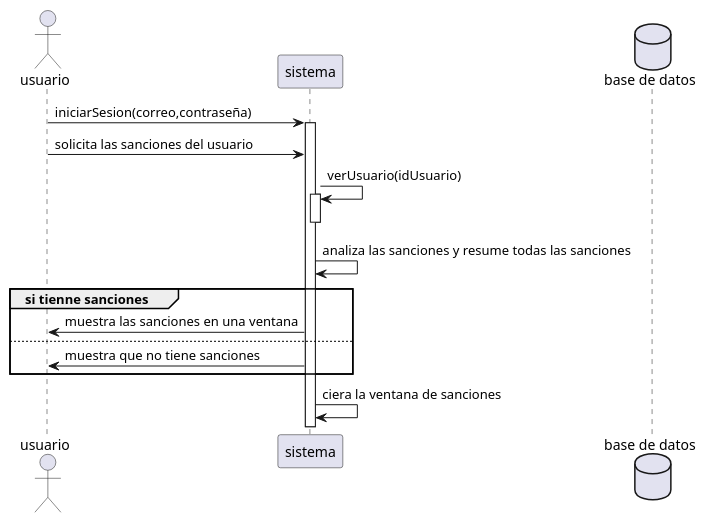
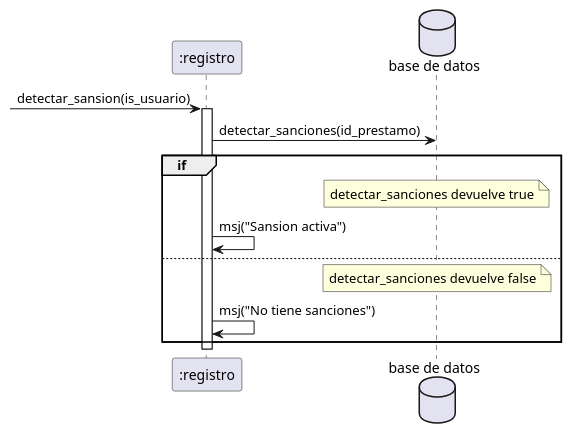
One commit to RubenE107/diagramas-de-dise-o-uml changed the diagram in Interacion3/consultarEsSancion.puml. Above: the diagram before and after it, drawn with PlantUML. The commit also changed other lines of this file and 1 other file, not shown here.

Commit message:
consultar sansion

```diff
--- a/Interacion3/consultarEsSancion.puml
+++ b/Interacion3/consultarEsSancion.puml
@@ -1,24 +23,20 @@
 @startuml
-
-actor "usuario" as u
-participant "sistema" as s  
+participant ":registro" as u
 database "base de datos" as bd
 
-u -> s:iniciarSesion(correo,contraseña)
-activate s
+->u:detectar_sansion(is_usuario)
+activate u
+u->bd:detectar_sanciones(id_prestamo)
+group if
+    note over bd: detectar_sanciones devuelve true
+    u->u:msj("Sansion activa")
 
-u->s:solicita las sanciones del usuario
-s->s:verUsuario(idUsuario)
-activate s
-deactivate s
-s->s: analiza las sanciones y resume todas las sanciones
-group si tienne sanciones
-    s->u: muestra las sanciones en una ventana
 else
-    s->u: muestra que no tiene sanciones
+    note over bd: detectar_sanciones devuelve false
+    u->u:msj("No tiene sanciones")
+
 end
-s->s:ciera la ventana de sanciones
-
+deactivate u
 
 
 @enduml
```
